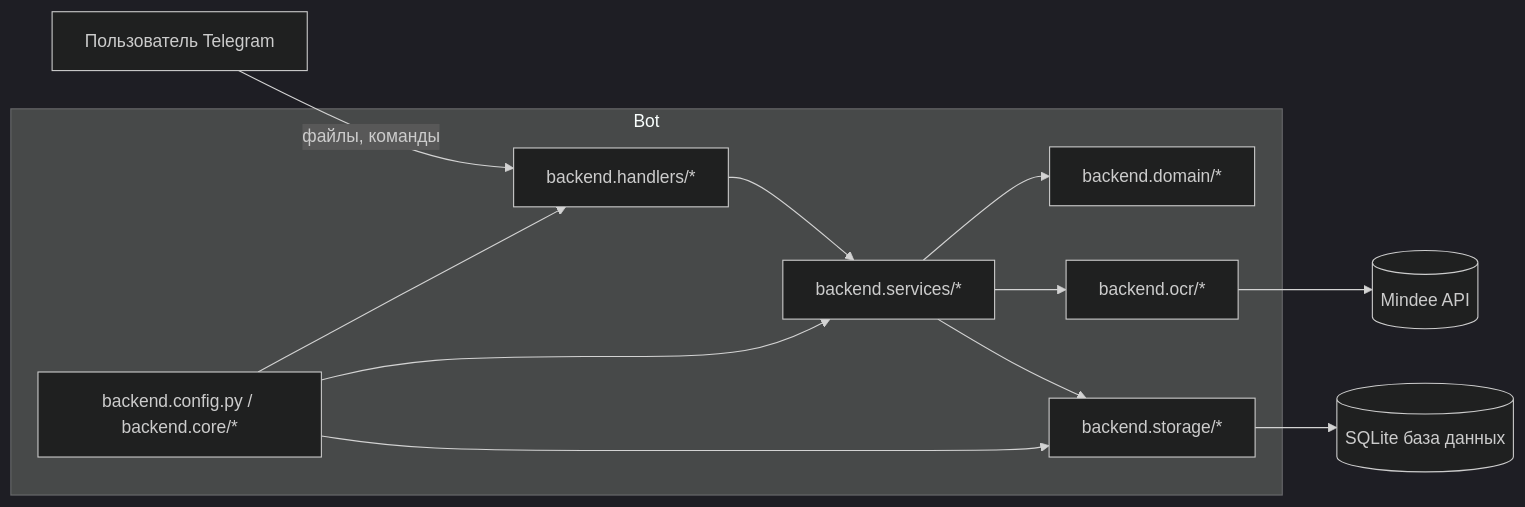
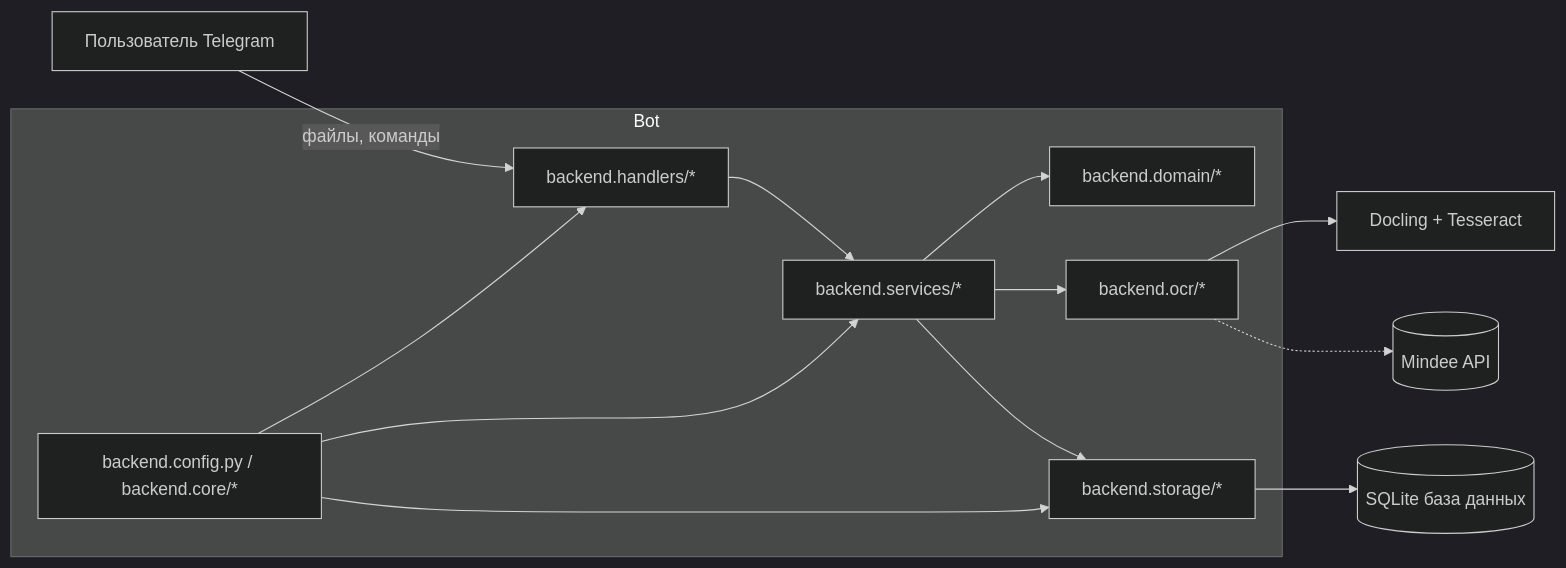
The first of 2 diagrams in docs/ru/architecture.md (AmaLS367/InvoiceFlowBot), drawn with Mermaid (dark theme) before and after one commit. The commit also changed other lines of this file and 36 other files, not shown here.

Commit message:
feat(ocr): use local Docling and Tesseract by default

````diff
--- a/docs/ru/architecture.md
+++ b/docs/ru/architecture.md
@@ -40,23 +40,24 @@
 ```mermaid
 flowchart LR
     TgUser[Пользователь Telegram] -->|файлы, команды| Handlers
 
     subgraph Bot
         Handlers[backend.handlers/*]
         Services[backend.services/*]
         Domain[backend.domain/*]
         OCR[backend.ocr/*]
         Storage[backend.storage/*]
         Config[backend.config.py / backend.core/*]
     end
 
     Handlers --> Services
     Services --> Domain
     Services --> OCR
     Services --> Storage
-    OCR --> MindeeAPI[(Mindee API)]
+    OCR --> Local[Docling + Tesseract]
+    OCR -.-> MindeeAPI[(Mindee API)]
     Storage --> SQLite[(SQLite база данных)]
     Config --> Handlers
     Config --> Services
     Config --> Storage
 ```
````
